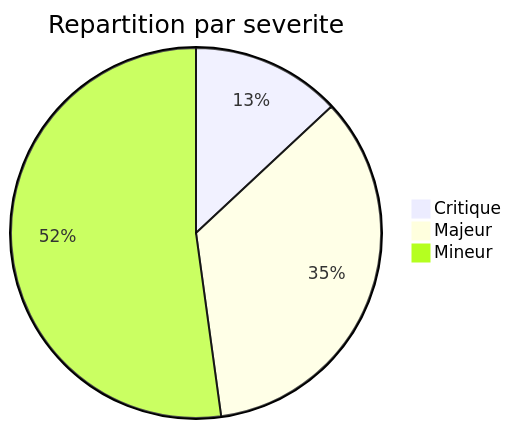
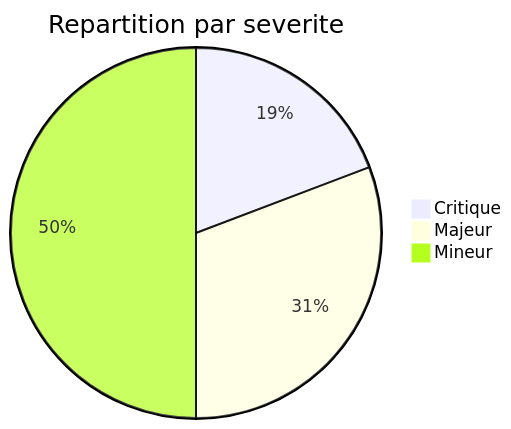
One commit to renesenses/roon-controller changed the first of 2 diagrams in docs/ISSUES.md. Above: the diagram before and after it, drawn with Mermaid. The commit also changed other lines of this file and 15 other files, not shown here.

````diff
--- a/docs/ISSUES.md
+++ b/docs/ISSUES.md
@@ -7,6 +7,6 @@
 ```mermaid
 pie title Repartition par severite
-    "Critique" : 3
+    "Critique" : 5
     "Majeur" : 8
-    "Mineur" : 12
+    "Mineur" : 13
 ```
````
